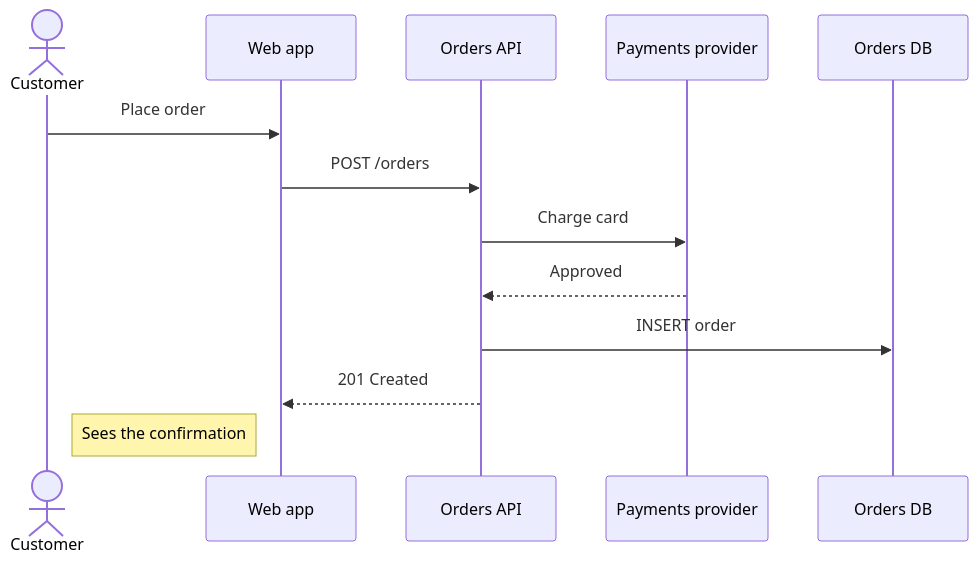
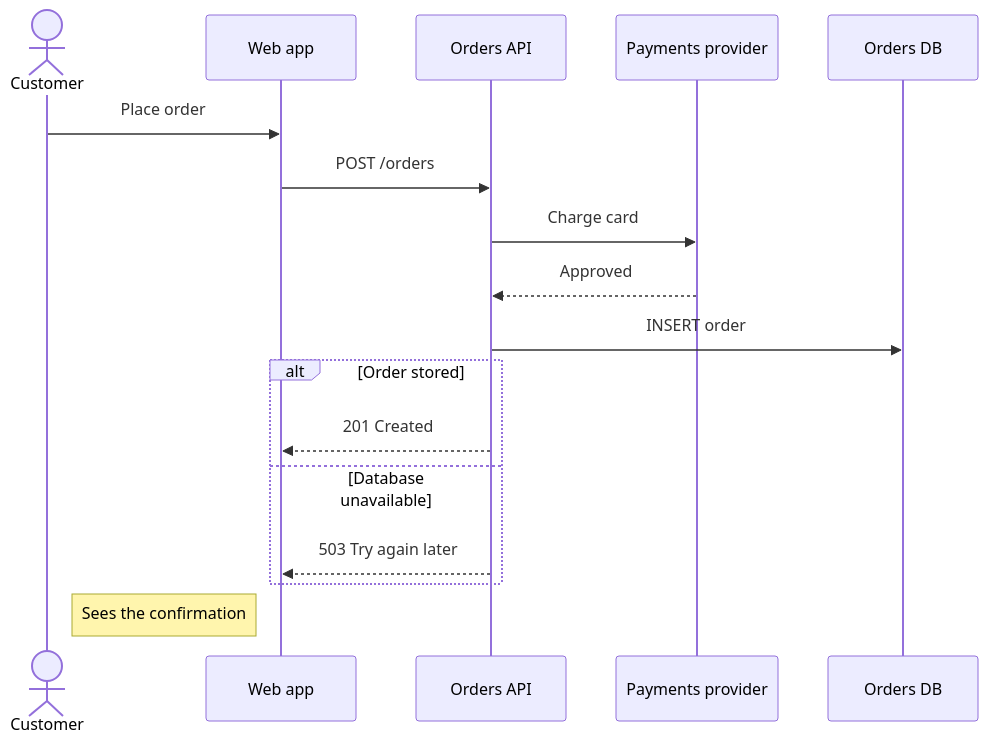
One commit to IvanDaniliuk01/visual-anything changed the second of 2 diagrams in packages/server/src/claude/recipes/fixtures/shop-architecture.md. Above: the diagram before and after it, drawn with Mermaid. The commit also changed 4 other files, not shown here.

Commit message:
M11c Claude (WIP): the Mermaid and PlantUML recipes make decisions of alt, opt, break, a flowchart's rhombuses and an activity diagram's ifs

````diff
--- a/packages/server/src/claude/recipes/fixtures/shop-architecture.md
+++ b/packages/server/src/claude/recipes/fixtures/shop-architecture.md
@@ -21,15 +21,19 @@
 ```mermaid
 sequenceDiagram
   actor customer as Customer
   participant web as Web app
   participant api as Orders API
   participant payments as Payments provider
   participant db as Orders DB
   customer->>web: Place order
   web->>api: POST /orders
   api->>payments: Charge card
   payments-->>api: Approved
   api->>db: INSERT order
-  api-->>web: 201 Created
+  alt Order stored
+    api-->>web: 201 Created
+  else Database unavailable
+    api-->>web: 503 Try again later
+  end
   Note right of customer: Sees the confirmation
 ```
````
